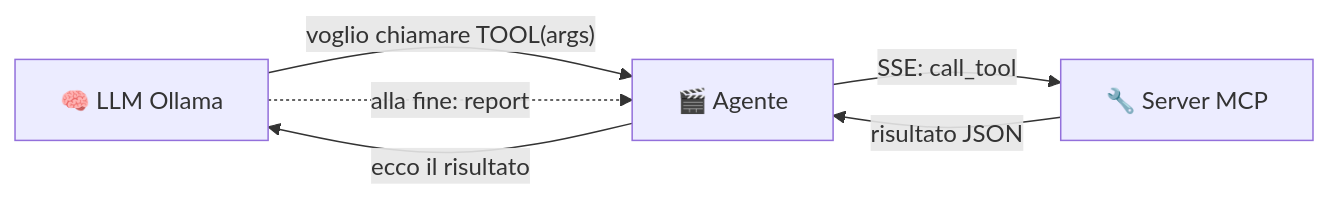
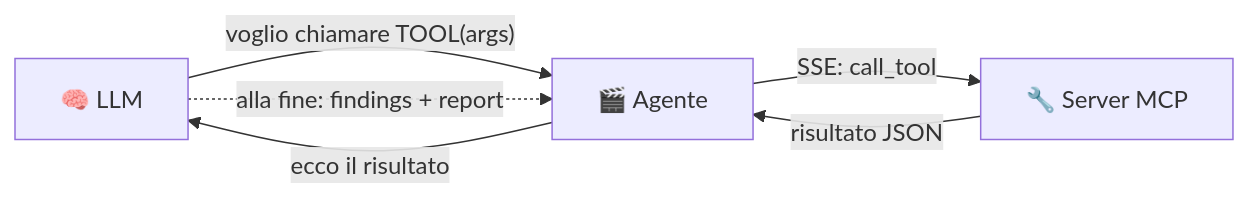
One commit to iris-cmd22/Sibyl changed the first of 15 diagrams in documentazione/agent.md. Above: the diagram before and after it, drawn with Mermaid. The commit also changed other lines of this file and 3 other files, not shown here.

````diff
--- a/documentazione/agent.md
+++ b/documentazione/agent.md
@@ -45,8 +48,8 @@
 ```mermaid
 flowchart LR
-    LLM[🧠 LLM Ollama] -->|"voglio chiamare TOOL(args)"| AG[🎬 Agente]
+    LLM[🧠 LLM] -->|"voglio chiamare TOOL(args)"| AG[🎬 Agente]
     AG -->|"SSE: call_tool"| S[🔧 Server MCP]
     S -->|"risultato JSON"| AG
     AG -->|"ecco il risultato"| LLM
-    LLM -.->|"alla fine: report"| AG
+    LLM -.->|"alla fine: findings + report"| AG
 ```
````
